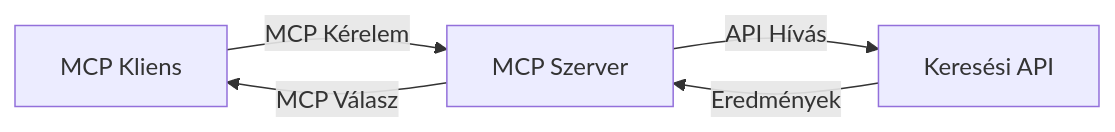
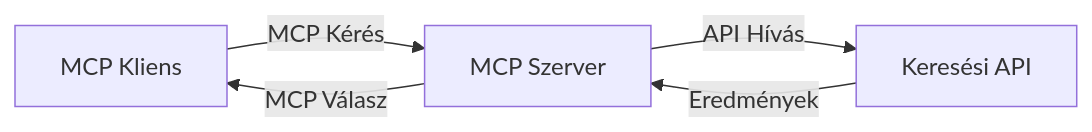
The second of 4 diagrams in translations/hu/05-AdvancedTopics/mcp-realtimesearch/README.md (microsoft/mcp-for-beginners), drawn with Mermaid before and after one commit. The commit also changed other lines of this file and 140 other files, not shown here.

````diff
--- a/translations/hu/05-AdvancedTopics/mcp-realtimesearch/README.md
+++ b/translations/hu/05-AdvancedTopics/mcp-realtimesearch/README.md
@@ -598,7 +600,7 @@
 ```mermaid
 graph LR
-    Client[MCP Kliens] --> |MCP Kérelem| Server[MCP Szerver]
+    Client[MCP Kliens] --> |MCP Kérés| Server[MCP Szerver]
     Server --> |API Hívás| SearchAPI[Keresési API]
     SearchAPI --> |Eredmények| Server
     Server --> |MCP Válasz| Client
 ```
````
